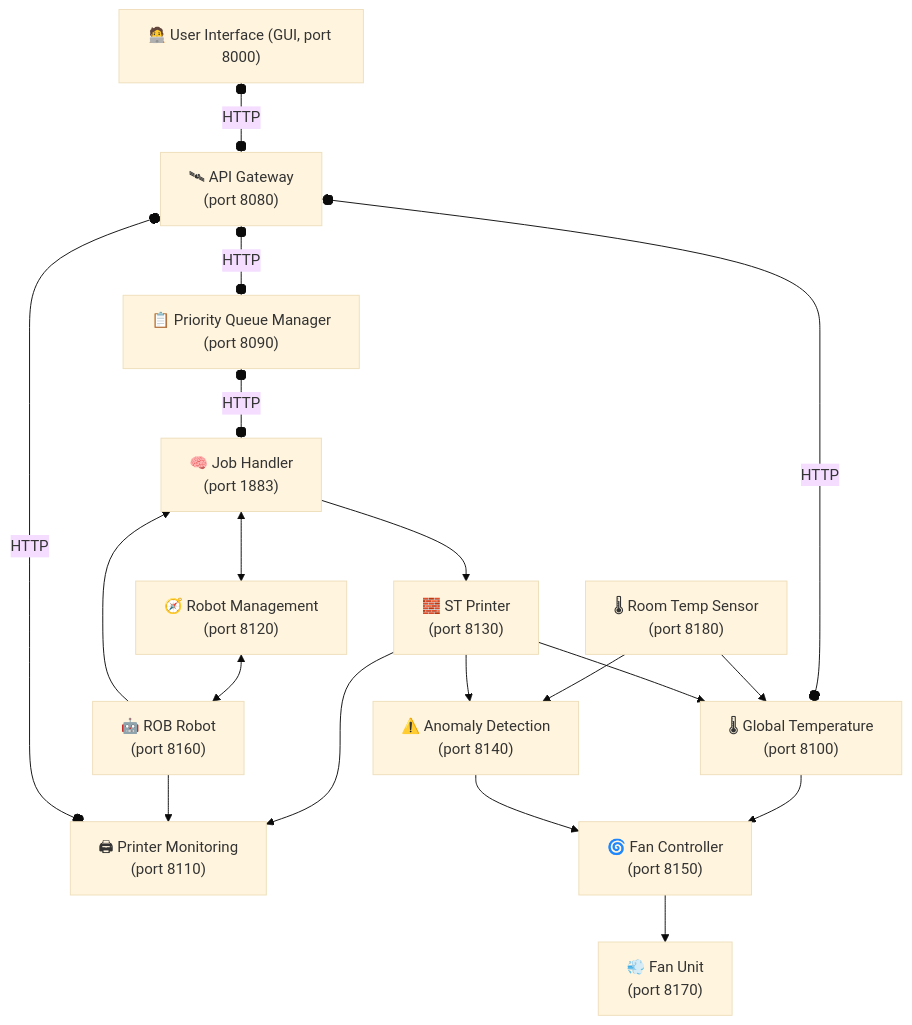
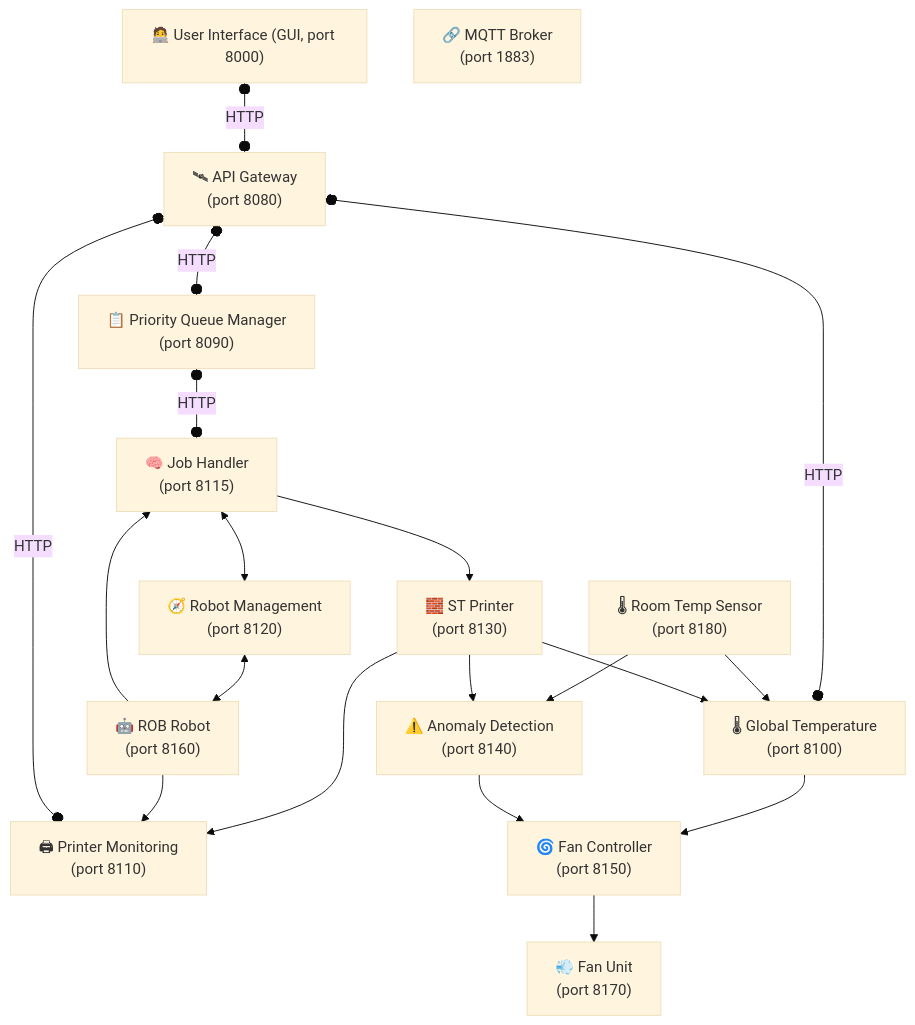
One commit to leonardosos/3D_Printer_Lab changed the diagram in flowchart/port_flowchart.mmd. Above: the diagram before and after it, drawn with Mermaid (base theme). The commit also changed 4 other files, not shown here.

```diff
--- a/flowchart/port_flowchart.mmd
+++ b/flowchart/port_flowchart.mmd
@@ -1,61 +1,65 @@
 flowchart TB
 
 %% User Interaction Layer
 GUI["🧑‍💻 User Interface (GUI, port 8000)"]
 
 %% HTTP Communication Layer
 APIGW["🛰 API Gateway 
 (port 8080)"]
 QueueMgr["📋 Priority Queue Manager 
 (port 8090)"]
 TempGlobal["🌡 Global Temperature 
 (port 8100)"]
 PrinterMon["🖨 Printer Monitoring 
 (port 8110)"]
 
 %% MQTT Communication Layer
 JobHandler["🧠 Job Handler 
-(port 1883)"]
+(port 8115)"]
 Planning["🧭 Robot Management 
 (port 8120)"]
 ST["🧱 ST Printer 
 (port 8130)"]
 Anomaly["⚠️ Anomaly Detection 
 (port 8140)"]
 FanCtrl["🌀 Fan Controller 
 (port 8150)"]
+
+%% MQTT Broker
+Broker["🔗 MQTT Broker 
+(port 1883)"]
 
 %% Device Layer (emoji-enhanced)
 Robot["🤖 ROB Robot
 (port 8160)"]
 Fan["💨 Fan Unit
 (port 8170)"]
 TempSensor["🌡 Room Temp Sensor
 (port 8180)"]
 
 %% Data Flow 
 GUI o--o|HTTP| APIGW
 APIGW o--o|HTTP| QueueMgr
 APIGW o--o|HTTP| TempGlobal
 QueueMgr o--o|HTTP| JobHandler
 
 TempSensor --> TempGlobal
 JobHandler <--> Planning
 
 ST --> TempGlobal 
 ST --> PrinterMon
 %% JobHandler --> PrinterMon (Real topic subscription)
 JobHandler --> ST
 
 Planning <--> Robot
 Robot --> PrinterMon
 Robot --> JobHandler 
 
 APIGW o--o|HTTP| PrinterMon
 
 TempGlobal --> FanCtrl
 FanCtrl --> Fan
 
 TempSensor --> Anomaly
 ST --> Anomaly
 Anomaly --> FanCtrl
```
